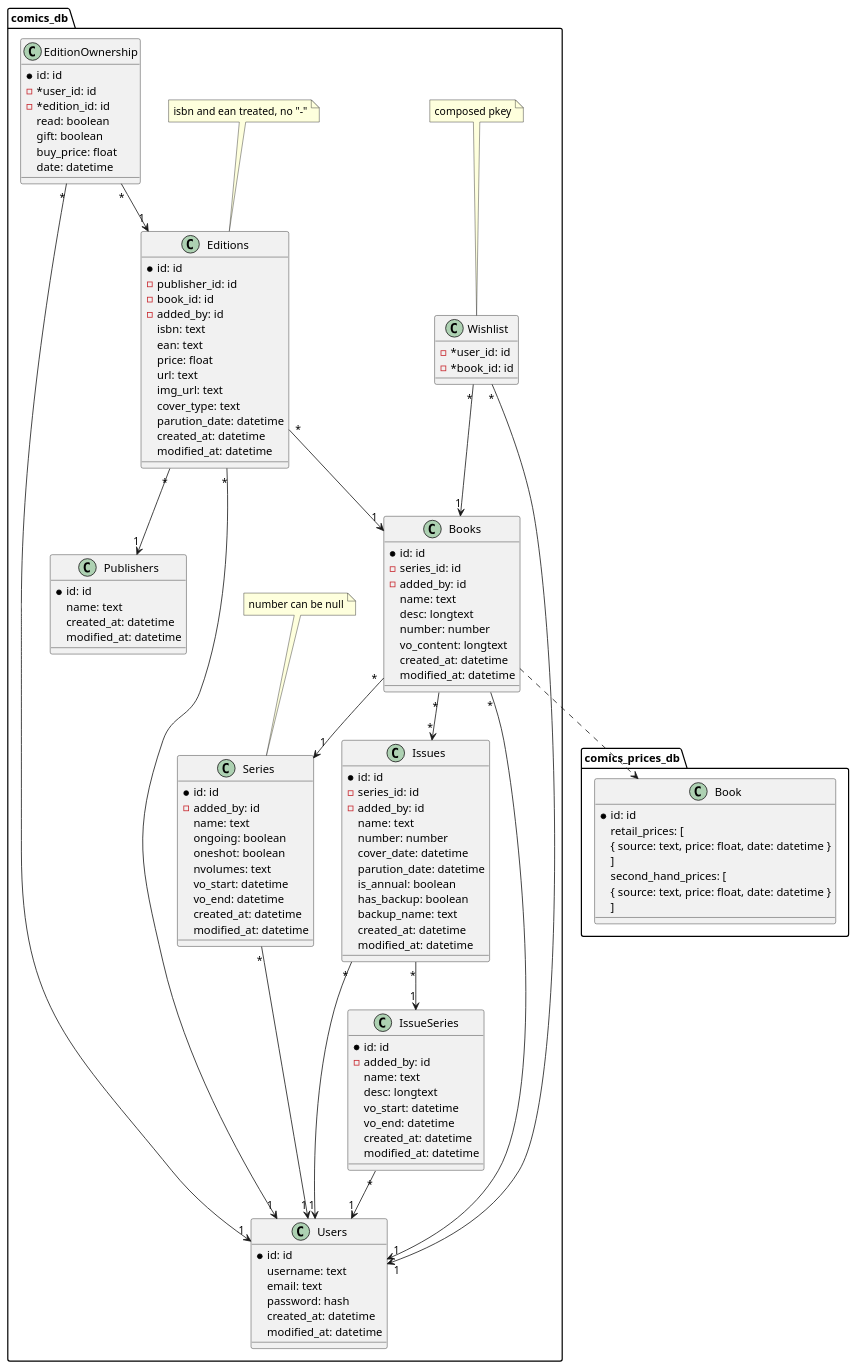
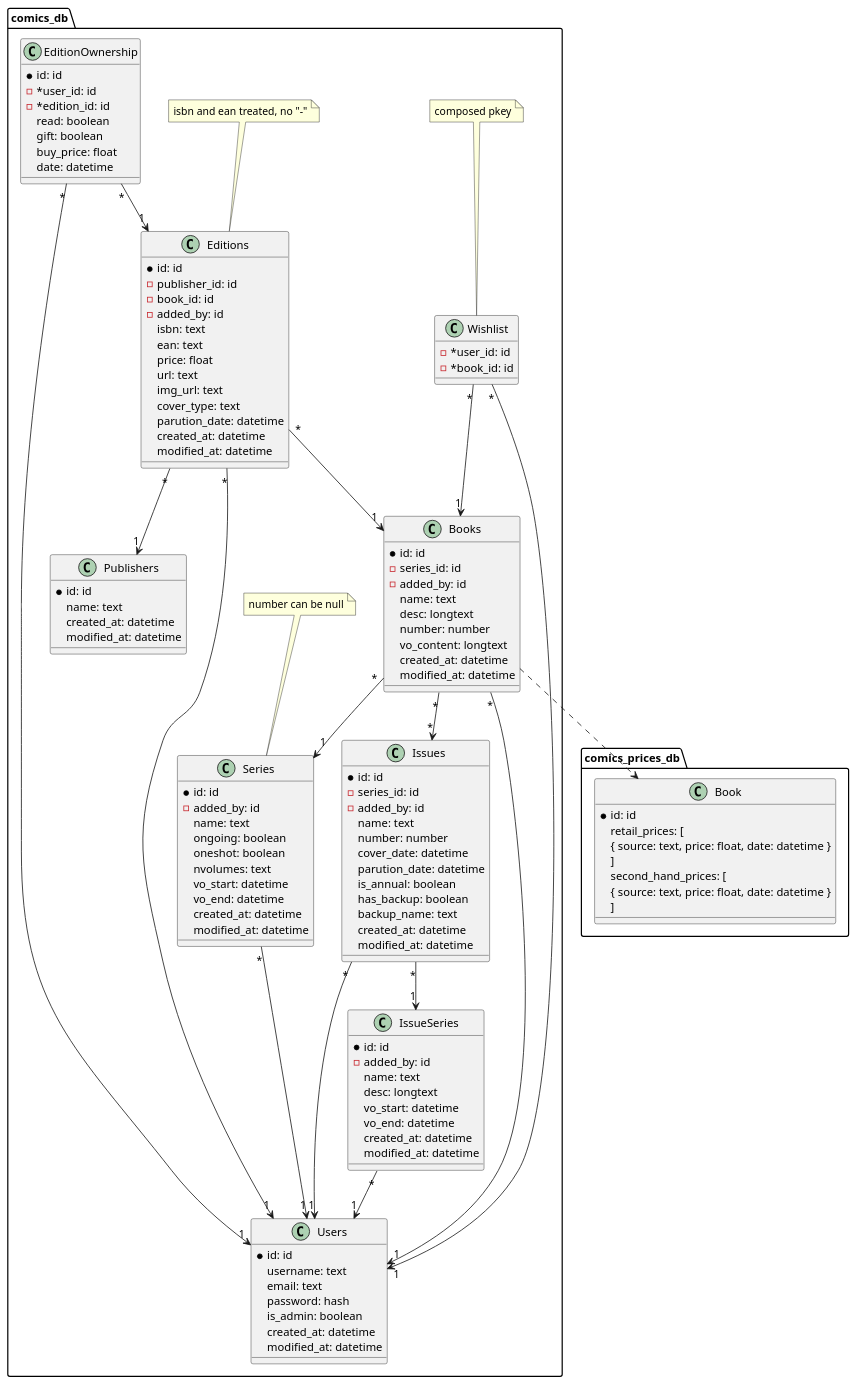
The diagram in db/mcd.puml (StutenEXE/comics-engineering), drawn with PlantUML before and after one commit. The commit also changed 7 other files, not shown here.

```diff
--- a/db/mcd.puml
+++ b/db/mcd.puml
@@ -1,141 +1,142 @@
 @startuml mcd comics engineering
 
 package comics_db {
     class Users {
         *id: id
         username: text
         email: text
         password: hash
+        is_admin: boolean
         created_at: datetime
         modified_at: datetime
     }
 
     class IssueSeries {
         *id: id
         -added_by: id
         name: text
         desc: longtext
         vo_start: datetime
         vo_end: datetime
         created_at: datetime
         modified_at: datetime
     }
 
     class Issues {
         *id: id
         -series_id: id
         -added_by: id
         name: text
         number: number
         cover_date: datetime
         parution_date: datetime
         is_annual: boolean
         has_backup: boolean
         backup_name: text
         created_at: datetime
         modified_at: datetime
     }
 
     class Books {
         *id: id
         -series_id: id
         -added_by: id
         name: text
         desc: longtext
         number: number
         vo_content: longtext
         created_at: datetime
         modified_at: datetime
     }
 
     class Editions {
         *id: id
         -publisher_id: id
         -book_id: id
         -added_by: id
         isbn: text
         ean: text
         price: float
         url: text
         img_url: text
         cover_type: text
         parution_date: datetime
         created_at: datetime
         modified_at: datetime
     }
     note top: isbn and ean treated, no "-"
 
     class Series {
         *id: id
         -added_by: id
         name: text
         ongoing: boolean
         oneshot: boolean
         nvolumes: text
         vo_start: datetime
         vo_end: datetime
         created_at: datetime
         modified_at: datetime
     }
     note top: number can be null
 
     class Publishers {
         *id: id
         name: text
         created_at: datetime
         modified_at: datetime
     }
 	
 	class EditionOwnership {
         *id: id
         - *user_id: id
         - *edition_id: id
         read: boolean
         gift: boolean
         buy_price: float
         date: datetime
     }
 
     class Wishlist {
         - *user_id: id
         - *book_id: id
     }
     note top: composed pkey
 }
 
 package comics_prices_db {
     class Book {
         *id: id
         retail_prices: [
             { source: text, price: float, date: datetime }
         ]
         second_hand_prices: [
             { source: text, price: float, date: datetime }
         ]
     }
 }
 
 IssueSeries "*" --> "1" Users
 
 Issues "*" --> "1" IssueSeries
 Issues "*" --> "1" Users 
 
 Books "*" --> "*" Issues
 
 EditionOwnership "*" --> "1" Editions
 EditionOwnership "*" --> "1" Users
 
 Wishlist "*" --> "1" comics_db.Books
 Wishlist "*" --> "1" Users
 
 Editions "*" --> "1" comics_db.Books
 Editions "*" --> "1" Publishers
 Editions "*" --> "1" Users
 
 comics_db.Books "*" --> "1" Series
 comics_db.Books "*" --> "1" Users
 comics_db.Books ..> comics_prices_db.Book
 
 comics_db.Series "*" --> "1" Users
 
 @enduml
```
